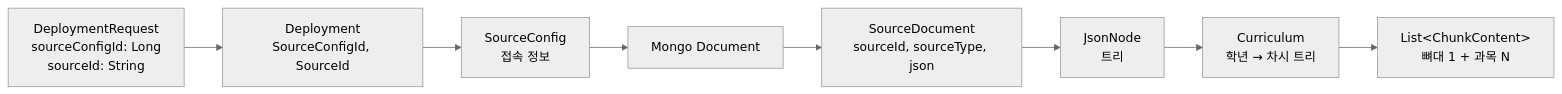
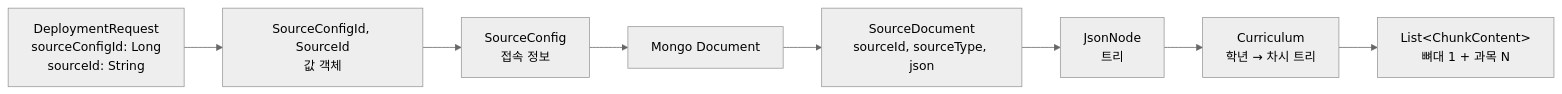
One commit to brunosong/transfersystem changed the second of 15 diagrams in docs/system/source-read.md. Above: the diagram before and after it, drawn with Mermaid (neutral theme). The commit also changed other lines of this file and 6 other files, not shown here.

````diff
--- a/docs/system/source-read.md
+++ b/docs/system/source-read.md
@@ -57,10 +58,10 @@
 ```mermaid
 flowchart LR
-  A["DeploymentRequest<br/>sourceConfigId: Long<br/>sourceId: String"] --> B["Deployment<br/>SourceConfigId, SourceId"]
+  A["DeploymentRequest<br/>sourceConfigId: Long<br/>sourceId: String"] --> B["SourceConfigId, SourceId<br/>값 객체"]
   B --> C["SourceConfig<br/>접속 정보"]
   C --> D["Mongo Document"]
   D --> E["SourceDocument<br/>sourceId, sourceType, json"]
   E --> G["JsonNode<br/>트리"]
   G --> H["Curriculum<br/>학년 → 차시 트리"]
   H --> I["List&lt;ChunkContent&gt;<br/>뼈대 1 + 과목 N"]
 ```
````
